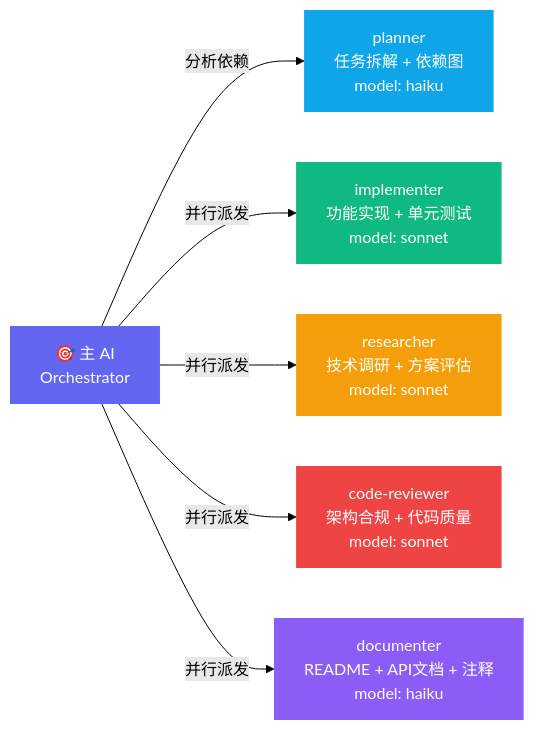
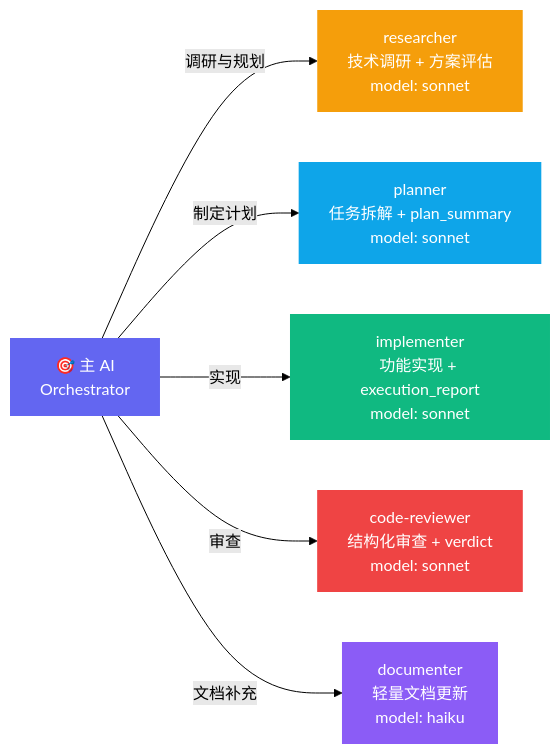
The second of 6 diagrams in docs/architecture.md (Kucell/cortex-agent), drawn with Mermaid (forest theme) before and after one commit. The commit also changed other lines of this file and 24 other files, not shown here.

````diff
--- a/docs/architecture.md
+++ b/docs/architecture.md
@@ -56,15 +73,15 @@
 ```mermaid
 graph LR
-    O["🎯 主 AI<br>Orchestrator"] -->|分析依赖| PL["planner<br>任务拆解 + 依赖图<br>model: haiku"]
-    O -->|并行派发| IM["implementer<br>功能实现 + 单元测试<br>model: sonnet"]
-    O -->|并行派发| RS["researcher<br>技术调研 + 方案评估<br>model: sonnet"]
-    O -->|并行派发| CR["code-reviewer<br>架构合规 + 代码质量<br>model: sonnet"]
-    O -->|并行派发| DC["documenter<br>README + API文档 + 注释<br>model: haiku"]
+    O["🎯 主 AI<br/>Orchestrator"] -->|调研与规划| RS["researcher<br/>技术调研 + 方案评估<br/>model: sonnet"]
+    O -->|制定计划| PL["planner<br/>任务拆解 + plan_summary<br/>model: sonnet"]
+    O -->|实现| IM["implementer<br/>功能实现 + execution_report<br/>model: sonnet"]
+    O -->|审查| CR["code-reviewer<br/>结构化审查 + verdict<br/>model: sonnet"]
+    O -->|文档补充| DC["documenter<br/>轻量文档更新<br/>model: haiku"]
 
     style O fill:#6366f1,color:#fff,stroke:none
     style PL fill:#0ea5e9,color:#fff,stroke:none
     style IM fill:#10b981,color:#fff,stroke:none
     style RS fill:#f59e0b,color:#fff,stroke:none
     style CR fill:#ef4444,color:#fff,stroke:none
     style DC fill:#8b5cf6,color:#fff,stroke:none
 ```
````
